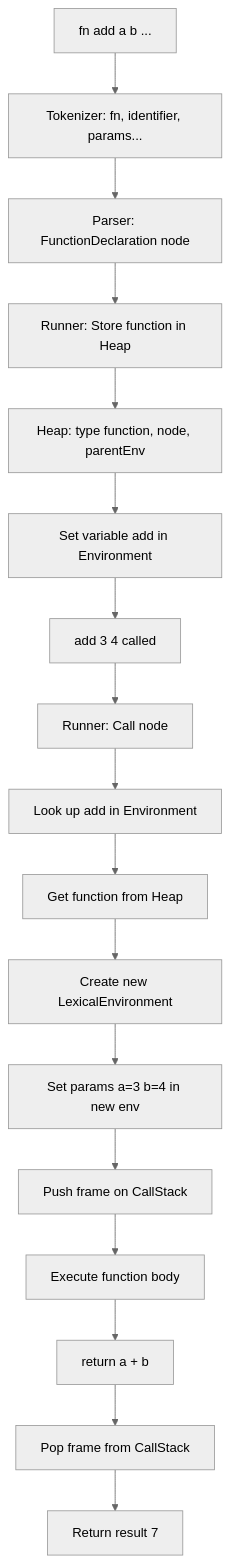
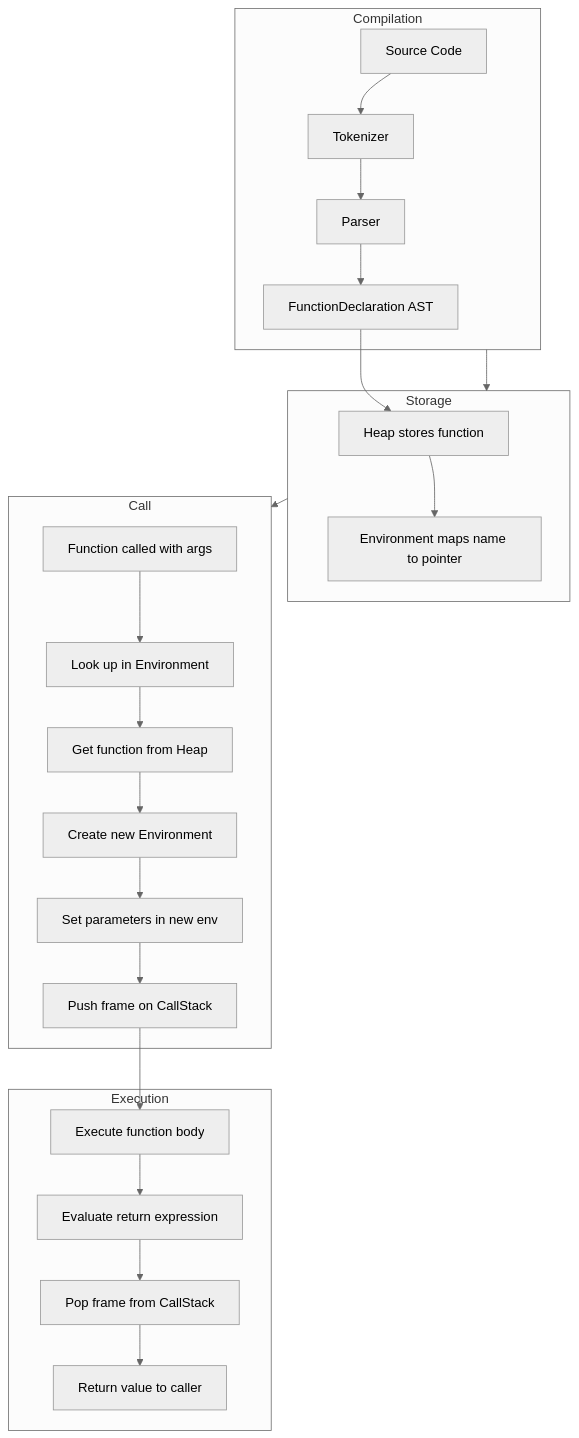
One commit to SoumyaCodercpp/interpreter_ui changed the third of 5 diagrams in README.MD. Above: the diagram before and after it, drawn with Mermaid (neutral theme). The commit also changed other lines of this file, not shown here.

Commit message:
style ,sc,fef changed

````diff
--- a/README.MD
+++ b/README.MD
@@ -279,19 +279,31 @@
 ```mermaid
 flowchart TD
-    A[fn add a b ...] --> B[Tokenizer: fn, identifier, params...]
-    B --> C[Parser: FunctionDeclaration node]
-    C --> D[Runner: Store function in Heap]
-    D --> E[Heap: type function, node, parentEnv]
-    E --> F[Set variable add in Environment]
-    F --> G[add 3 4 called]
-    G --> H[Runner: Call node]
-    H --> I[Look up add in Environment]
-    I --> J[Get function from Heap]
-    J --> K[Create new LexicalEnvironment]
-    K --> L[Set params a=3 b=4 in new env]
-    L --> M[Push frame on CallStack]
-    M --> N[Execute function body]
-    N --> O[return a + b]
-    O --> P[Pop frame from CallStack]
-    P --> Q[Return result 7]
+    subgraph Compilation
+        A[Source Code] --> B[Tokenizer]
+        B --> C[Parser]
+        C --> D[FunctionDeclaration AST]
+    end
+    
+    subgraph Storage
+        D --> E[Heap stores function]
+        E --> F[Environment maps name to pointer]
+    end
+    
+    subgraph Call
+        G[Function called with args] --> H[Look up in Environment]
+        H --> I[Get function from Heap]
+        I --> J[Create new Environment]
+        J --> K[Set parameters in new env]
+        K --> L[Push frame on CallStack]
+    end
+    
+    subgraph Execution
+        L --> M[Execute function body]
+        M --> N[Evaluate return expression]
+        N --> O[Pop frame from CallStack]
+        O --> P[Return value to caller]
+    end
+    
+    Compilation --> Storage
+    Storage --> Call
 ```
````
